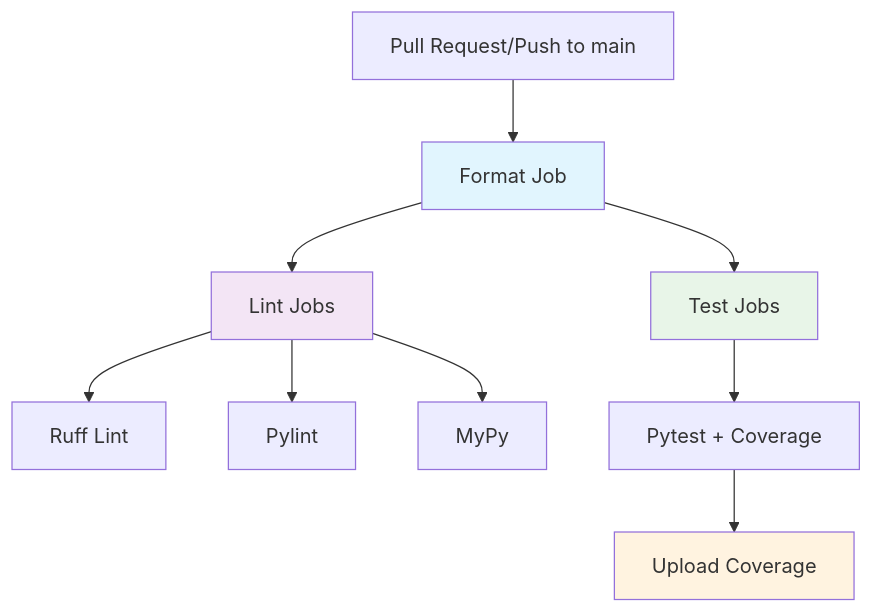
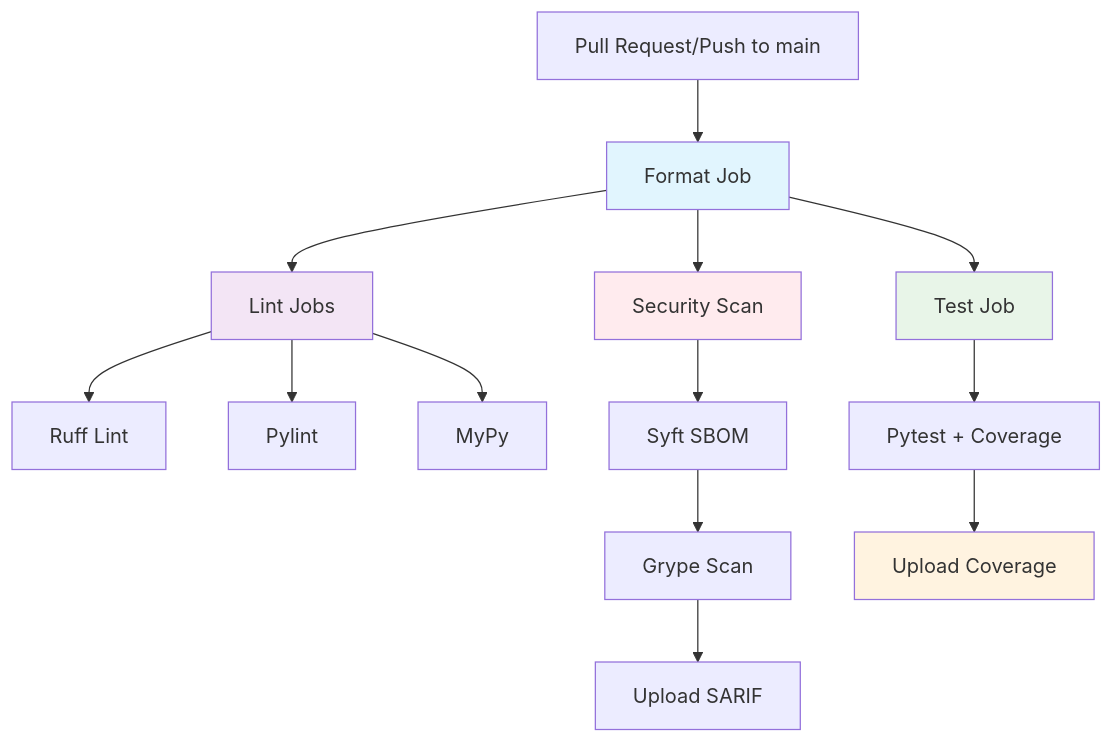
The first of 2 diagrams in docs/ci-cd.md (OpenRailAssociation/dac-migration-dss-popupsim), drawn with Mermaid before and after one commit. The commit also changed other lines of this file and 19 other files, not shown here.

First line of the commit message:
docs(pages): 📝 update MVP architecture

````diff
--- a/docs/ci-cd.md
+++ b/docs/ci-cd.md
@@ -9,18 +9,24 @@
 ```mermaid
 graph TD
     A[Pull Request/Push to main] --> B[Format Job]
     B --> C[Lint Jobs]
-    B --> D[Test Jobs]
+    B --> D[Security Scan]
+    B --> E[Test Job]
 
-    C --> E[Ruff Lint]
-    C --> F[Pylint]
-    C --> G[MyPy]
+    C --> F[Ruff Lint]
+    C --> G[Pylint]
+    C --> H[MyPy]
 
-    D --> H[Pytest + Coverage]
-    H --> I[Upload Coverage]
+    D --> I[Syft SBOM]
+    I --> J[Grype Scan]
+    J --> K[Upload SARIF]
+
+    E --> L[Pytest + Coverage]
+    L --> M[Upload Coverage]
 
     style B fill:#e1f5fe
     style C fill:#f3e5f5
-    style D fill:#e8f5e8
-    style I fill:#fff3e0
+    style D fill:#ffebee
+    style E fill:#e8f5e8
+    style M fill:#fff3e0
 ```
````
